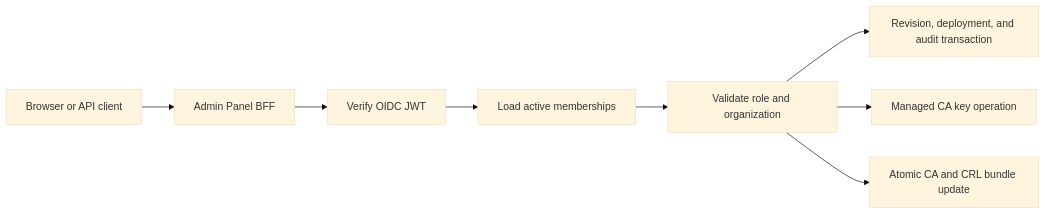
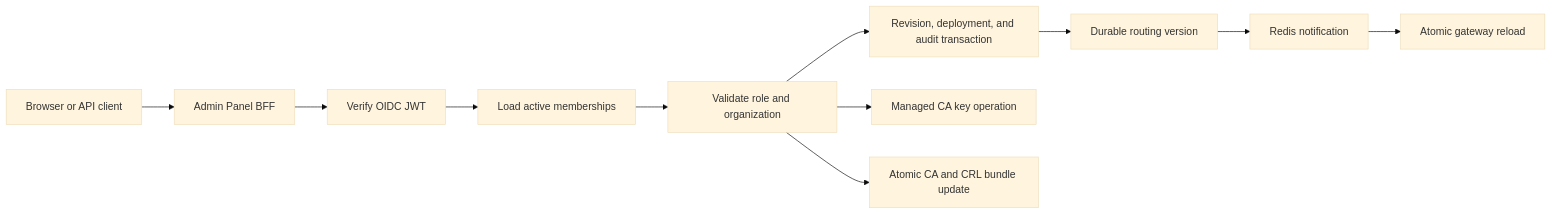
One commit to c4rl0s04/api-gateway-platform changed the diagram in docs/02-architecture/Management API.md. Above: the diagram before and after it, drawn with Mermaid (base theme). The commit also changed other lines of this file and 11 other files, not shown here.

````diff
--- a/docs/02-architecture/Management API.md
+++ b/docs/02-architecture/Management API.md
@@ -52,10 +54,13 @@
 ```mermaid
 flowchart LR
     CLIENT["Browser or API client"] --> BFF["Admin Panel BFF"]
     BFF --> OIDC["Verify OIDC JWT"]
     OIDC --> MEMBERSHIP["Load active memberships"]
     MEMBERSHIP --> DOMAIN["Validate role and organization"]
     DOMAIN --> DATABASE["Revision, deployment, and audit transaction"]
+    DATABASE --> OUTBOX["Durable routing version"]
+    OUTBOX --> REDIS["Redis notification"]
+    REDIS --> GATEWAY["Atomic gateway reload"]
     DOMAIN --> KEYSTORE["Managed CA key operation"]
     DOMAIN --> SDS["Atomic CA and CRL bundle update"]
 ```
````
